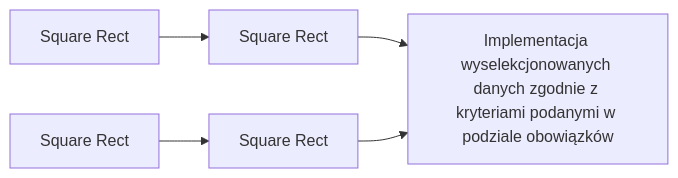
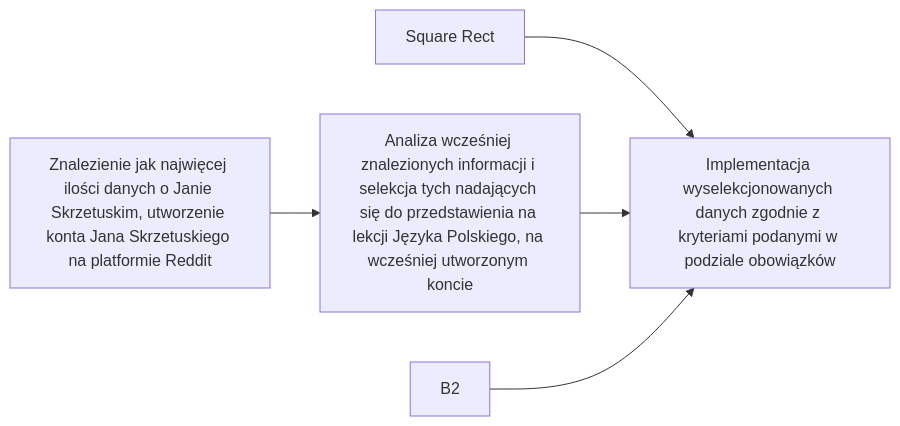
One commit to n-kodem/Jan-Skrzetuski_Twitter changed the diagram in README.md. Above: the diagram before and after it, drawn with Mermaid.

Commit message:
readme update

````diff
--- a/README.md
+++ b/README.md
@@ -25,7 +25,7 @@
 ```mermaid
 graph LR
-    A1[Square Rect] --> B1[Square Rect]
-    A2[Square Rect] --> B2[Square Rect]
-    B1 --> C[Implementacja wyselekcjonowanych danych zgodnie z kryteriami podanymi w podziale obowiązków]
+    A1[Znalezienie jak najwięcej ilości danych o Janie Skrzetuskim, utworzenie konta Jana Skrzetuskiego na platformie Reddit] --> B[Analiza wcześniej znalezionych informacji i selekcja tych nadających się do przedstawienia na lekcji Języka Polskiego, na wcześniej utworzonym koncie]
+    A2[Square Rect] --> C[Implementacja wyselekcjonowanych danych zgodnie z kryteriami podanymi w podziale obowiązków]
+    B --> C
     B2 --> C
 ```
````
